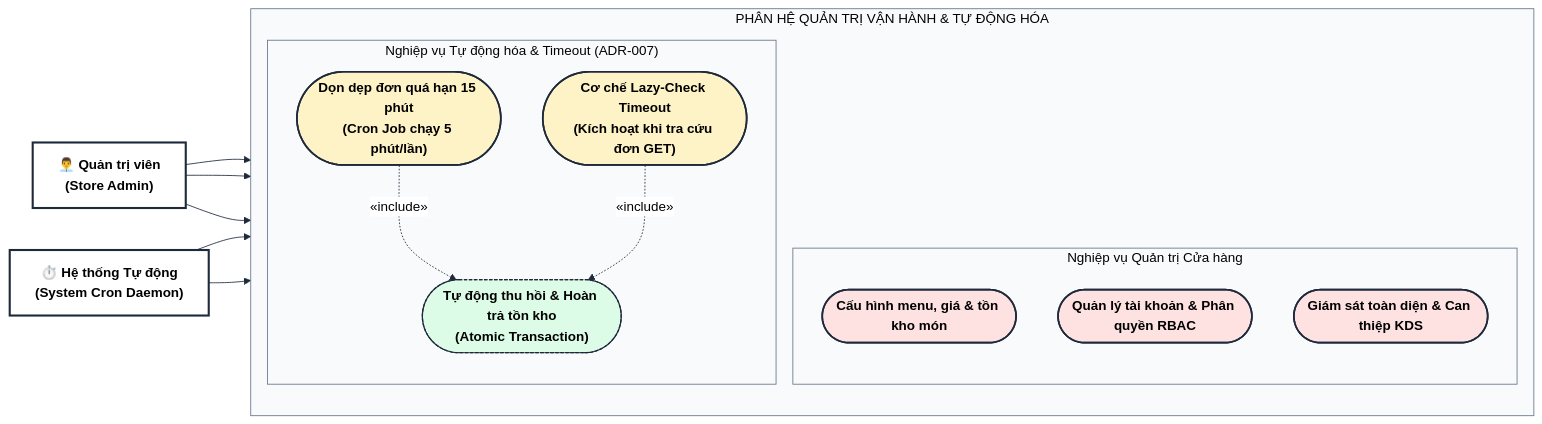
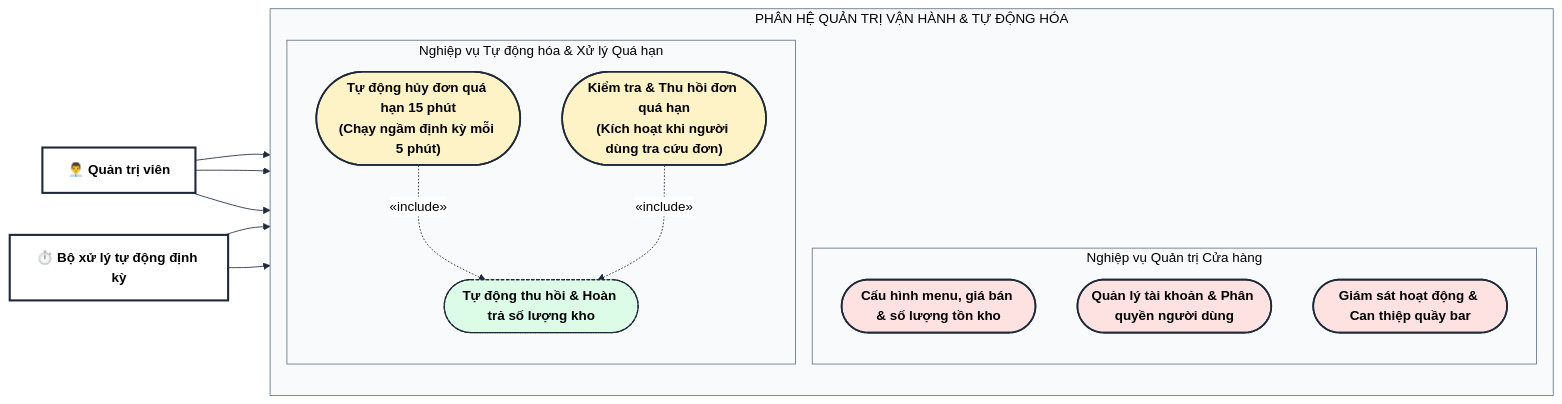
Before and after one commit to ThuanTran260/CNPM-BrewLite: the seventh of 13 diagrams in docs/SYSTEM_ARCHITECTURE_DIAGRAMS.md, drawn with Mermaid. The commit also changed other lines of this file and 25 other files, not shown here.

First line of the commit message:
docs(diagrams): chuan hoa so do hoc thuat tieng Viet va bo sung sequence diagram

````diff
--- a/docs/SYSTEM_ARCHITECTURE_DIAGRAMS.md
+++ b/docs/SYSTEM_ARCHITECTURE_DIAGRAMS.md
@@ -602,56 +603,56 @@
 ```mermaid
 %%{init: {
   'theme': 'base',
   'themeVariables': {
     'primaryColor': '#e0f2fe',
     'primaryTextColor': '#000000',
     'primaryBorderColor': '#1e293b',
     'lineColor': '#1e293b',
     'secondaryColor': '#fef3c7',
     'tertiaryColor': '#ffffff',
     'edgeLabelBackground':'#ffffff',
     'clusterBkg':'#f8fafc',
     'clusterBorder':'#64748b',
     'fontFamily': 'Segoe UI, Arial, sans-serif'
   }
 }}%%
 flowchart LR
     %% Định nghĩa các lớp kiểu dáng chuẩn High-Contrast
     classDef actorNode fill:#ffffff,stroke:#1e293b,stroke-width:2.5px,color:#000000,font-weight:700;
     classDef adminUC fill:#fee2e2,stroke:#1e293b,stroke-width:2px,color:#000000,font-weight:600;
     classDef cronUC fill:#fef3c7,stroke:#1e293b,stroke-width:2px,color:#000000,font-weight:600;
     classDef subUC fill:#dcfce7,stroke:#1e293b,stroke-width:1.5px,stroke-dasharray: 4 2,color:#000000,font-weight:600;
 
     %% TÁC NHÂN
-    ADMIN["👨‍💼 Quản trị viên<br>(Store Admin)"]:::actorNode
-    CRON["⏱️ Hệ thống Tự động<br>(System Cron Daemon)"]:::actorNode
+    ADMIN["👨‍💼 Quản trị viên"]:::actorNode
+    CRON["⏱️ Bộ xử lý tự động định kỳ"]:::actorNode
 
     %% PHÂN HỆ QUẢN TRỊ & TỰ ĐỘNG HÓA
     subgraph UC_ADMIN_CRON ["PHÂN HỆ QUẢN TRỊ VẬN HÀNH & TỰ ĐỘNG HÓA"]
         direction TB
 
         subgraph G_ADMIN ["Nghiệp vụ Quản trị Cửa hàng"]
-            UC_MENU(["Cấu hình menu, giá & tồn kho món"]):::adminUC
-            UC_RBAC(["Quản lý tài khoản & Phân quyền RBAC"]):::adminUC
-            UC_AUDIT(["Giám sát toàn diện & Can thiệp KDS"]):::adminUC
+            UC_MENU(["Cấu hình menu, giá bán & số lượng tồn kho"]):::adminUC
+            UC_RBAC(["Quản lý tài khoản & Phân quyền người dùng"]):::adminUC
+            UC_AUDIT(["Giám sát hoạt động & Can thiệp quầy bar"]):::adminUC
         end
 
-        subgraph G_CRON ["Nghiệp vụ Tự động hóa & Timeout (ADR-007)"]
-            UC_CRON_JOB(["Dọn dẹp đơn quá hạn 15 phút<br>(Cron Job chạy 5 phút/lần)"]):::cronUC
-            UC_LAZY_TIMEOUT(["Cơ chế Lazy-Check Timeout<br>(Kích hoạt khi tra cứu đơn GET)"]):::cronUC
-            UC_AUTO_RESTOCK(["Tự động thu hồi & Hoàn trả tồn kho<br>(Atomic Transaction)"]):::subUC
+        subgraph G_CRON ["Nghiệp vụ Tự động hóa & Xử lý Quá hạn"]
+            UC_CRON_JOB(["Tự động hủy đơn quá hạn 15 phút<br>(Chạy ngầm định kỳ mỗi 5 phút)"]):::cronUC
+            UC_LAZY_TIMEOUT(["Kiểm tra & Thu hồi đơn quá hạn<br>(Kích hoạt khi người dùng tra cứu đơn)"]):::cronUC
+            UC_AUTO_RESTOCK(["Tự động thu hồi & Hoàn trả số lượng kho"]):::subUC
         end
     end
 
     %% TƯƠNG TÁC TÁC NHÂN -> USE CASE
     ADMIN --> UC_MENU
     ADMIN --> UC_RBAC
     ADMIN --> UC_AUDIT
 
     CRON --> UC_CRON_JOB
     CRON --> UC_LAZY_TIMEOUT
 
     %% QUAN HỆ INCLUDE
     UC_CRON_JOB -.->|"«include»"| UC_AUTO_RESTOCK
     UC_LAZY_TIMEOUT -.->|"«include»"| UC_AUTO_RESTOCK
 ```
````
